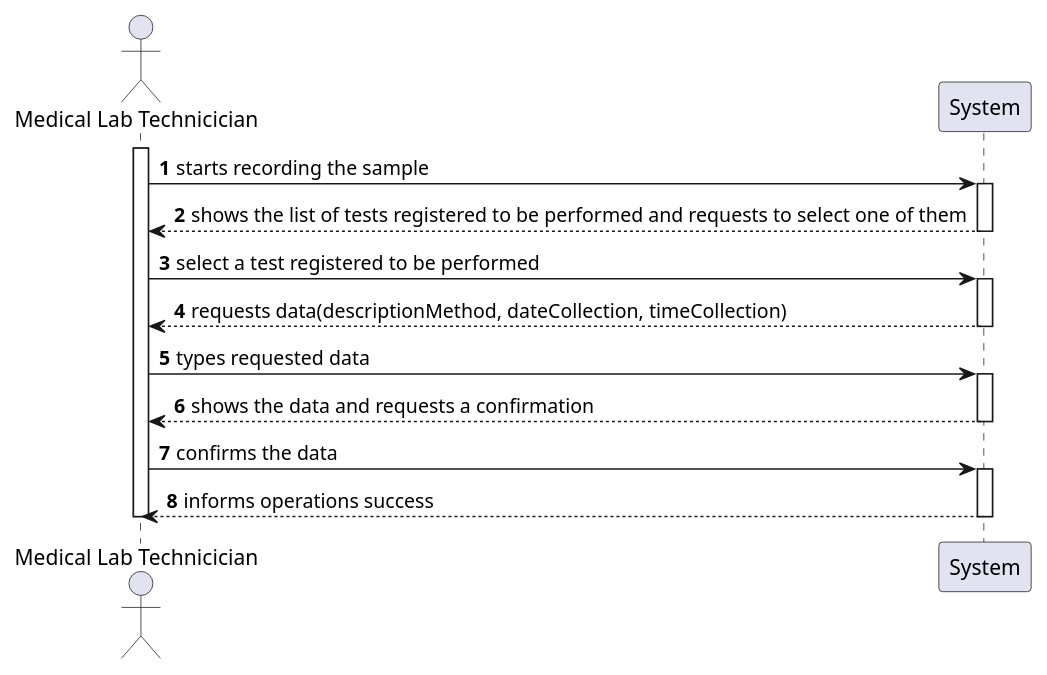
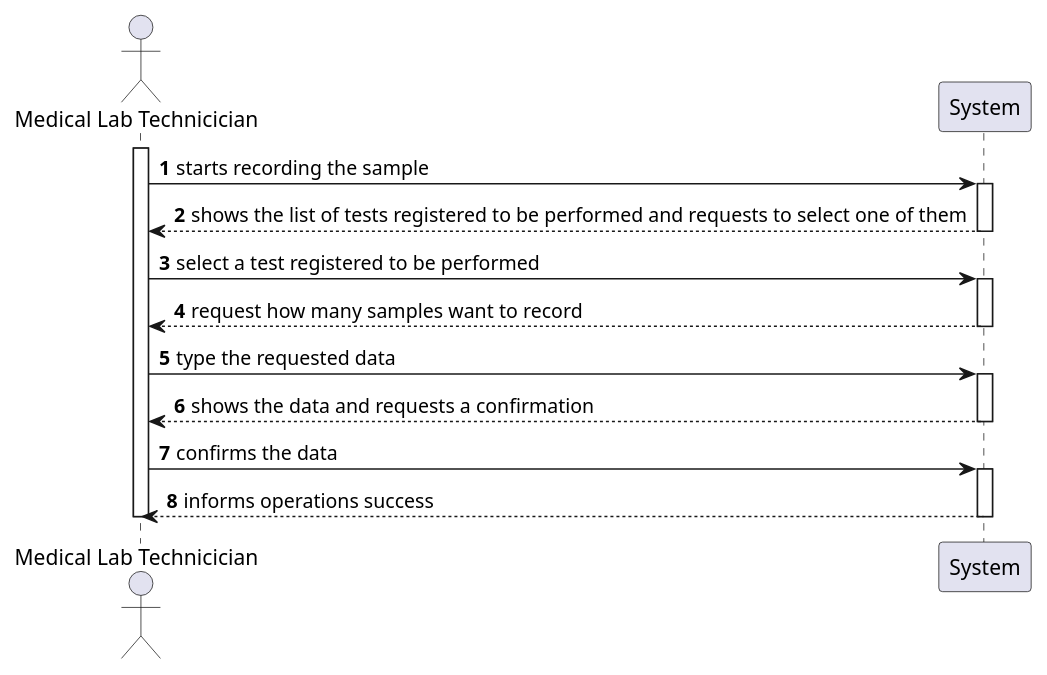
One commit to Pedromaia26/LAPR2-ISEP changed the diagram in docs/SprintC/US5_RecordTheSample/US005_SSD.puml. Above: the diagram before and after it, drawn with PlantUML. The commit also changed 12 other files, not shown here.

```diff
--- a/docs/SprintC/US5_RecordTheSample/US005_SSD.puml
+++ b/docs/SprintC/US5_RecordTheSample/US005_SSD.puml
@@ -1,34 +1,36 @@
 @startuml
 Actor "Medical Lab Technicician" as MLT
 participant "System" as sys
 
 
 
 autonumber
 
 activate MLT
 MLT->sys : starts recording the sample 
 
 activate sys
 
 sys-->MLT : shows the list of tests registered to be performed and requests to select one of them
 deactivate sys
 
 MLT->sys : select a test registered to be performed
 activate sys
 
-sys-->MLT : requests data(descriptionMethod, dateCollection, timeCollection)
+sys-->MLT : request how many samples want to record
+
 deactivate sys
 
-MLT->sys : types requested data
+MLT -> sys : type the requested data
+
 activate sys
 
 sys-->MLT : shows the data and requests a confirmation
 deactivate sys
 MLT->sys : confirms the data 
 activate sys
 
 sys-->MLT : informs operations success 
 deactivate sys
 deactivate MLT
 @enduml
```
